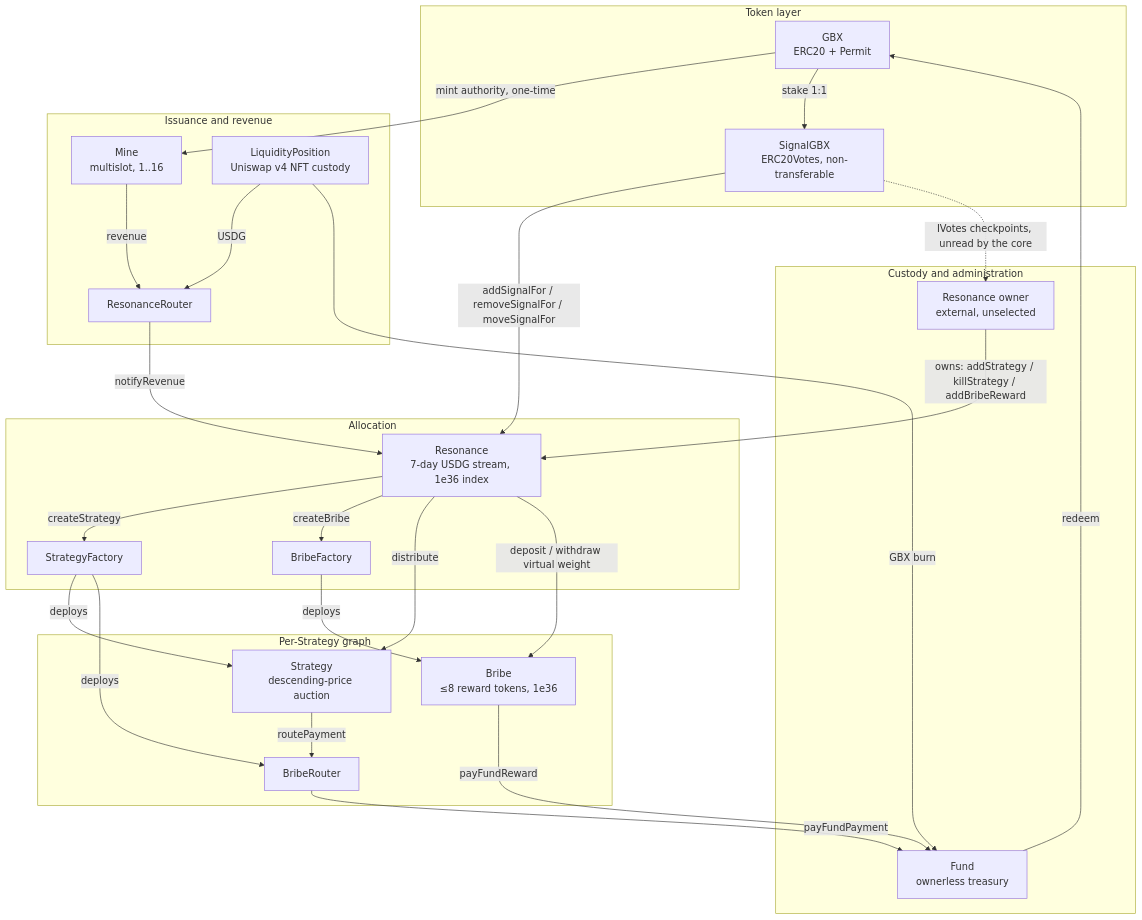
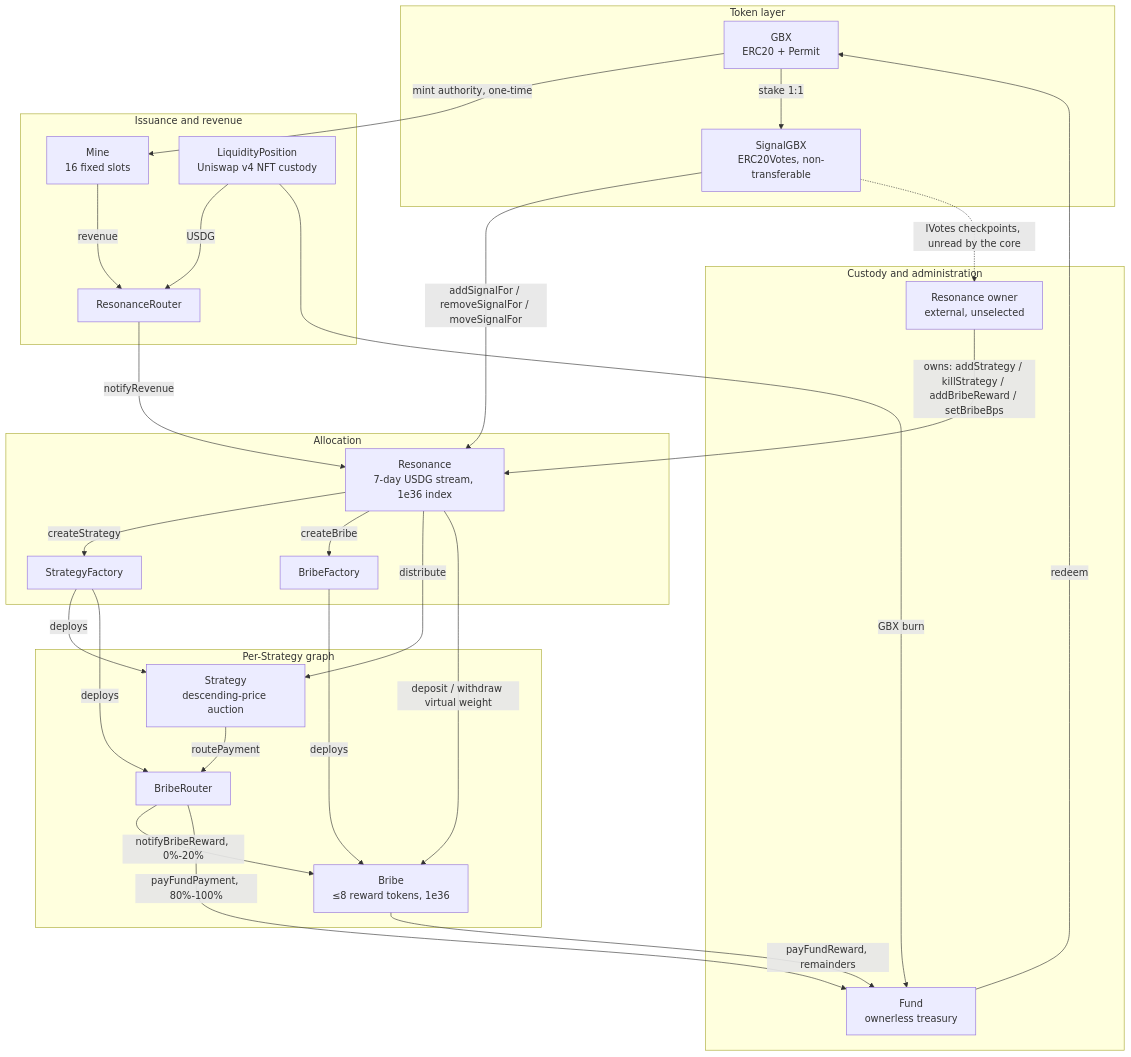
The diagram in docs/whitepapers/gumball-6900/whitepaper.md (Heesho/gumball6900), drawn with Mermaid before and after one commit. The commit also changed other lines of this file and 139 other files, not shown here.

````diff
--- a/docs/whitepapers/gumball-6900/whitepaper.md
+++ b/docs/whitepapers/gumball-6900/whitepaper.md
@@ -211,47 +219,48 @@
 ```mermaid
 flowchart TB
   subgraph Token["Token layer"]
     GBX[GBX<br/>ERC20 + Permit]
     SGBX[SignalGBX<br/>ERC20Votes, non-transferable]
   end
   subgraph Issue["Issuance and revenue"]
-    MINE[Mine<br/>multislot, 1..16]
+    MINE[Mine<br/>16 fixed slots]
     LP[LiquidityPosition<br/>Uniswap v4 NFT custody]
     RR[ResonanceRouter]
   end
   subgraph Alloc["Allocation"]
     RES[Resonance<br/>7-day USDG stream, 1e36 index]
     SF[StrategyFactory]
     BF[BribeFactory]
   end
   subgraph Perstrat["Per-Strategy graph"]
     STR[Strategy<br/>descending-price auction]
     BR[BribeRouter]
     BRIBE[Bribe<br/>≤8 reward tokens, 1e36]
   end
   subgraph Custody["Custody and administration"]
     FUND[Fund<br/>ownerless treasury]
     OWNER[Resonance owner<br/>external, unselected]
   end
 
   GBX -->|mint authority, one-time| MINE
   GBX -->|stake 1:1| SGBX
   MINE -->|revenue| RR
   LP -->|USDG| RR
   LP -->|GBX burn| FUND
   RR -->|notifyRevenue| RES
   SGBX -->|addSignalFor / removeSignalFor / moveSignalFor| RES
   SGBX -.->|IVotes checkpoints, unread by the core| OWNER
   RES -->|createStrategy| SF
   RES -->|createBribe| BF
   SF -->|deploys| STR
   SF -->|deploys| BR
   BF -->|deploys| BRIBE
   RES -->|distribute| STR
   RES -->|deposit / withdraw virtual weight| BRIBE
   STR -->|routePayment| BR
-  BR -->|payFundPayment| FUND
-  BRIBE -->|payFundReward| FUND
-  OWNER -->|owns: addStrategy / killStrategy / addBribeReward| RES
+  BR -->|notifyBribeReward, 0%-20%| BRIBE
+  BR -->|payFundPayment, 80%-100%| FUND
+  BRIBE -->|payFundReward, remainders| FUND
+  OWNER -->|owns: addStrategy / killStrategy / addBribeReward / setBribeBps| RES
   FUND -->|redeem| GBX
 ```
````
